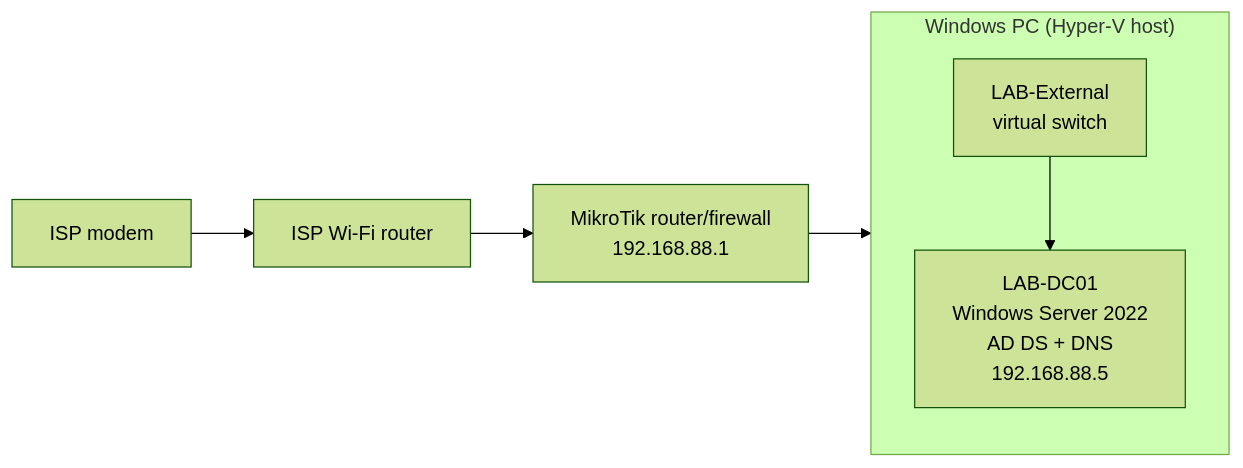
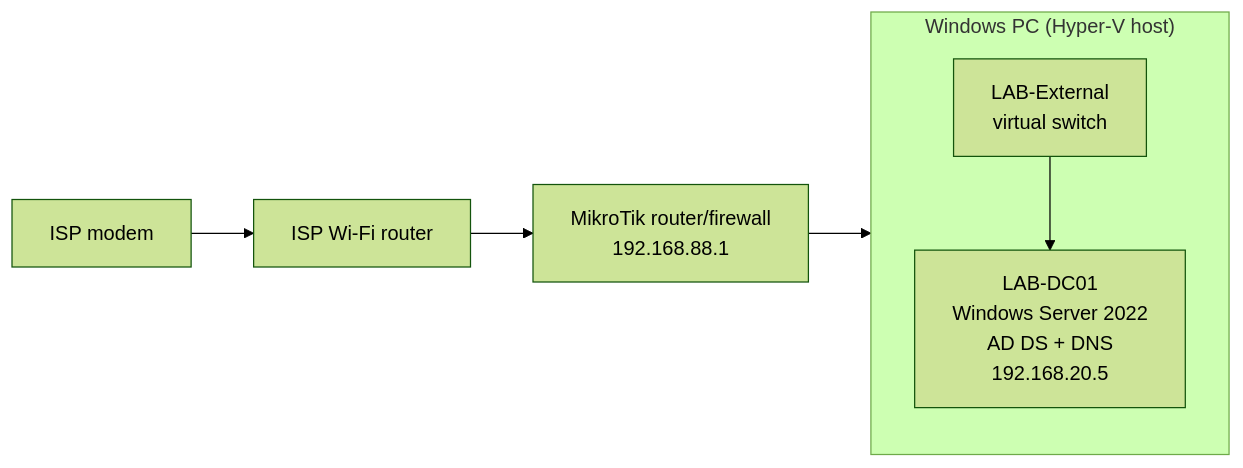
Before and after one commit to alamishahrad-netizen/Hyper-V-Ad-Lab: the diagram in README.md, drawn with Mermaid (forest theme). The commit also changed other lines of this file, not shown here.

Commit message:
Update README with Lab 6 status and documentation link

````diff
--- a/README.md
+++ b/README.md
@@ -26,9 +26,9 @@
 ```mermaid
 flowchart LR
     Modem["ISP modem"] --> ISPRouter["ISP Wi-Fi router"]
     ISPRouter --> MikroTik["MikroTik router/firewall<br/>192.168.88.1"]
     MikroTik --> Host
     subgraph Host["Windows PC (Hyper-V host)"]
-        Switch["LAB-External<br/>virtual switch"] --> DC["LAB-DC01<br/>Windows Server 2022<br/>AD DS + DNS<br/>192.168.88.5"]
+        Switch["LAB-External<br/>virtual switch"] --> DC["LAB-DC01<br/>Windows Server 2022<br/>AD DS + DNS<br/>192.168.20.5"]
     end
 ```
````
